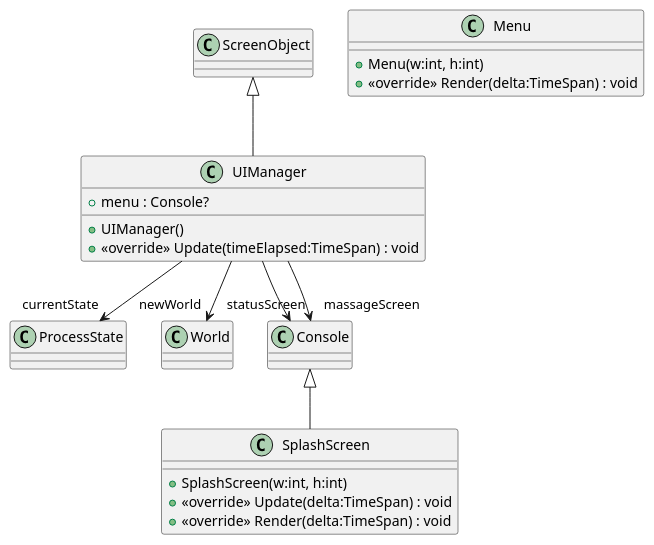
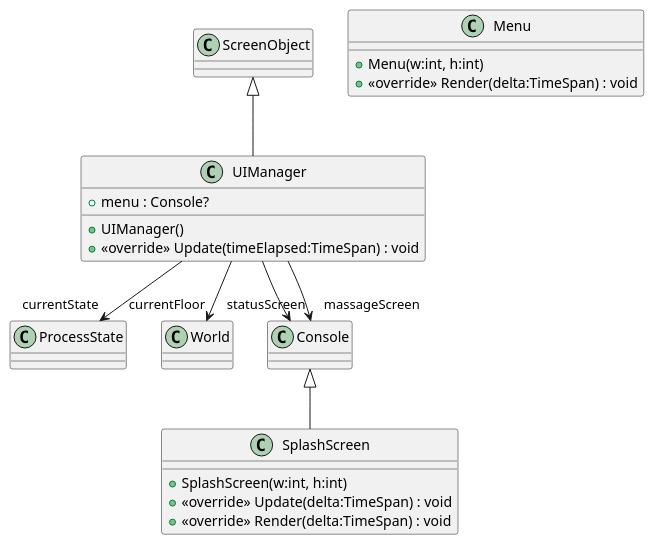
One commit to KasperK87/project changed the diagram in plantuml/UI.puml. Above: the diagram before and after it, drawn with PlantUML. The commit also changed 7 other files, not shown here.

Commit message:
refactured newWorld to currentFloor

```diff
--- a/plantuml/UI.puml
+++ b/plantuml/UI.puml
@@ -1,22 +1,22 @@
 @startuml
 class UIManager {
     + menu : Console?
     + UIManager()
     + <<override>> Update(timeElapsed:TimeSpan) : void
 }
 class SplashScreen {
     + SplashScreen(w:int, h:int)
     + <<override>> Update(delta:TimeSpan) : void
     + <<override>> Render(delta:TimeSpan) : void
 }
 class Menu {
     + Menu(w:int, h:int)
     + <<override>> Render(delta:TimeSpan) : void
 }
 ScreenObject <|-- UIManager
 UIManager --> "currentState" ProcessState
-UIManager --> "newWorld" World
+UIManager --> "currentFloor" World
 UIManager --> "statusScreen" Console
 UIManager --> "massageScreen" Console
 Console <|-- SplashScreen
 @enduml
```
